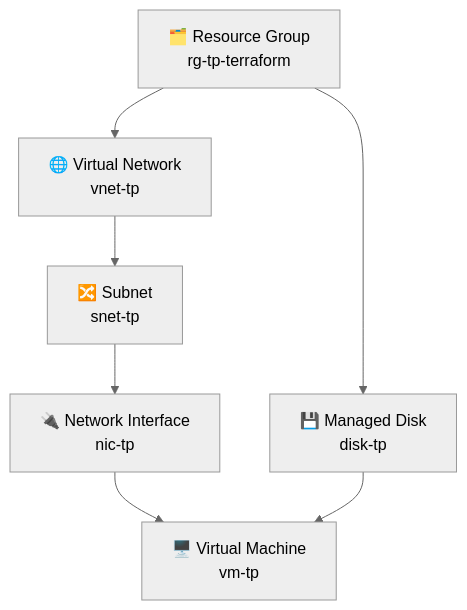
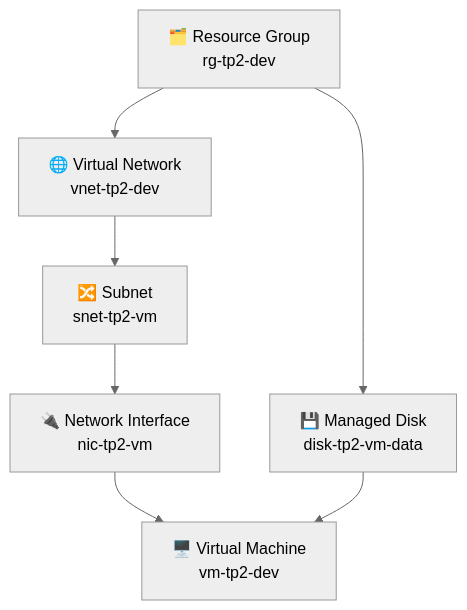
One commit to jviallon63/Hesias-TF5 changed the diagram in tp/2-first-hcl.md. Above: the diagram before and after it, drawn with Mermaid (neutral theme).

Commit message:
Review TP1

````diff
--- a/tp/2-first-hcl.md
+++ b/tp/2-first-hcl.md
@@ -10,16 +10,16 @@
 ```mermaid
 graph TD
-    RG["🗂️ Resource Group\nrg-tp-terraform"]
-    VNET["🌐 Virtual Network\nvnet-tp"]
-    SUBNET["🔀 Subnet\nsnet-tp"]
-    NIC["🔌 Network Interface\nnic-tp"]
-    DISK["💾 Managed Disk\ndisk-tp"]
-    VM["🖥️ Virtual Machine\nvm-tp"]
+    RG["🗂️ Resource Group\nrg-tp2-dev"]
+    VNET["🌐 Virtual Network\nvnet-tp2-dev"]
+    SUBNET["🔀 Subnet\nsnet-tp2-vm"]
+    NIC["🔌 Network Interface\nnic-tp2-vm"]
+    DISK["💾 Managed Disk\ndisk-tp2-vm-data"]
+    VM["🖥️ Virtual Machine\nvm-tp2-dev"]
 
     RG --> VNET
     VNET --> SUBNET
     SUBNET --> NIC
     RG --> DISK
     NIC --> VM
     DISK --> VM
 ```
````
